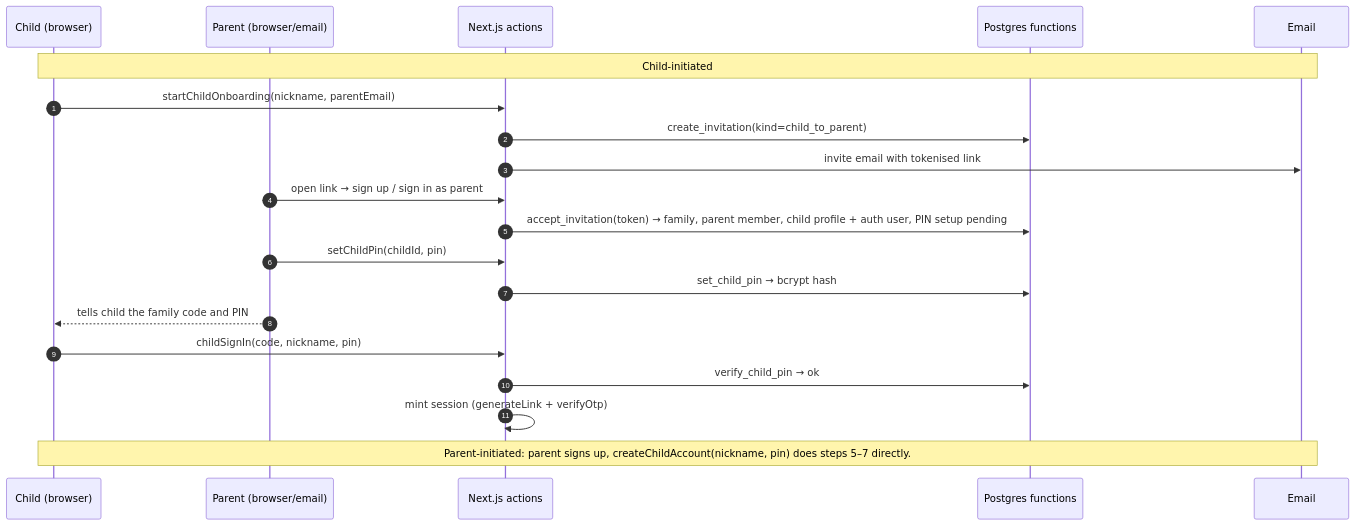
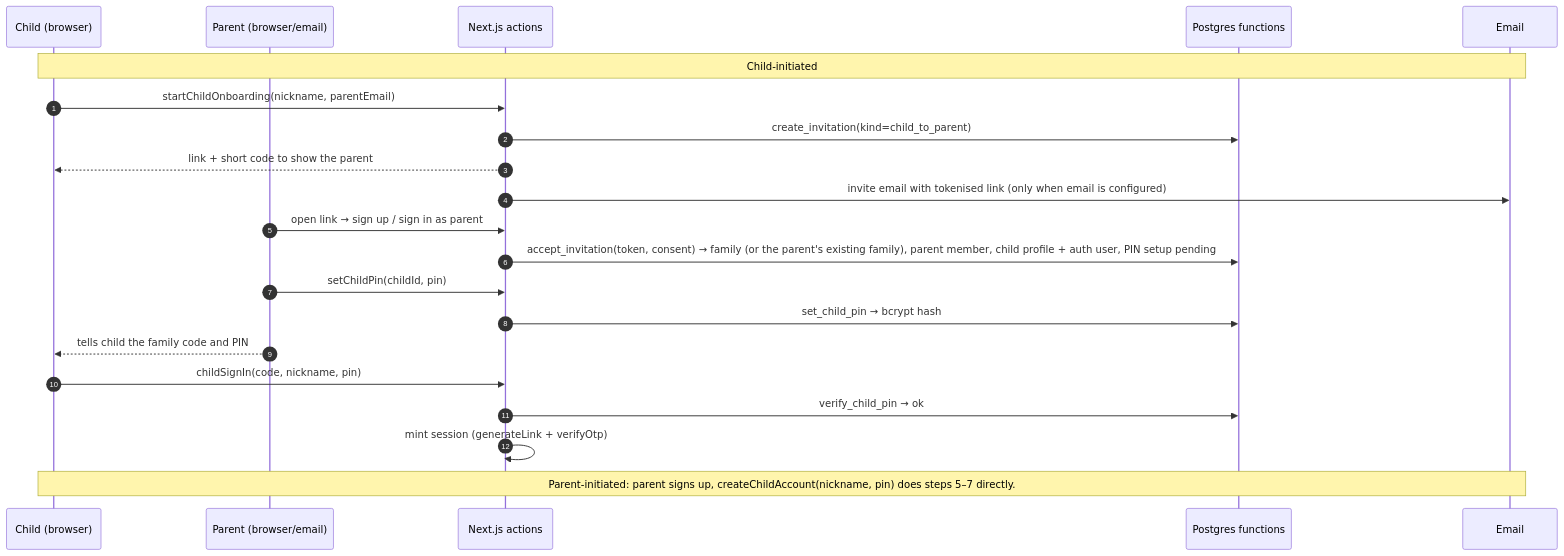
One commit to harisshakeel/Jarso changed the fourth of 7 diagrams in docs/architecture.md. Above: the diagram before and after it, drawn with Mermaid. The commit also changed other lines of this file and 6 other files, not shown here.

````diff
--- a/docs/architecture.md
+++ b/docs/architecture.md
@@ -410,22 +422,23 @@
 ```mermaid
 sequenceDiagram
   autonumber
   participant C as Child (browser)
   participant P as Parent (browser/email)
   participant A as Next.js actions
   participant DB as Postgres functions
   participant E as Email
   Note over C,E: Child-initiated
   C->>A: startChildOnboarding(nickname, parentEmail)
   A->>DB: create_invitation(kind=child_to_parent)
-  A->>E: invite email with tokenised link
+  A-->>C: link + short code to show the parent
+  A->>E: invite email with tokenised link (only when email is configured)
   P->>A: open link → sign up / sign in as parent
-  A->>DB: accept_invitation(token) → family, parent member, child profile + auth user, PIN setup pending
+  A->>DB: accept_invitation(token, consent) → family (or the parent's existing family), parent member, child profile + auth user, PIN setup pending
   P->>A: setChildPin(childId, pin)
   A->>DB: set_child_pin → bcrypt hash
   P-->>C: tells child the family code and PIN
   C->>A: childSignIn(code, nickname, pin)
   A->>DB: verify_child_pin → ok
   A->>A: mint session (generateLink + verifyOtp)
   Note over C,E: Parent-initiated: parent signs up, createChildAccount(nickname, pin) does steps 5–7 directly.
 ```
````
